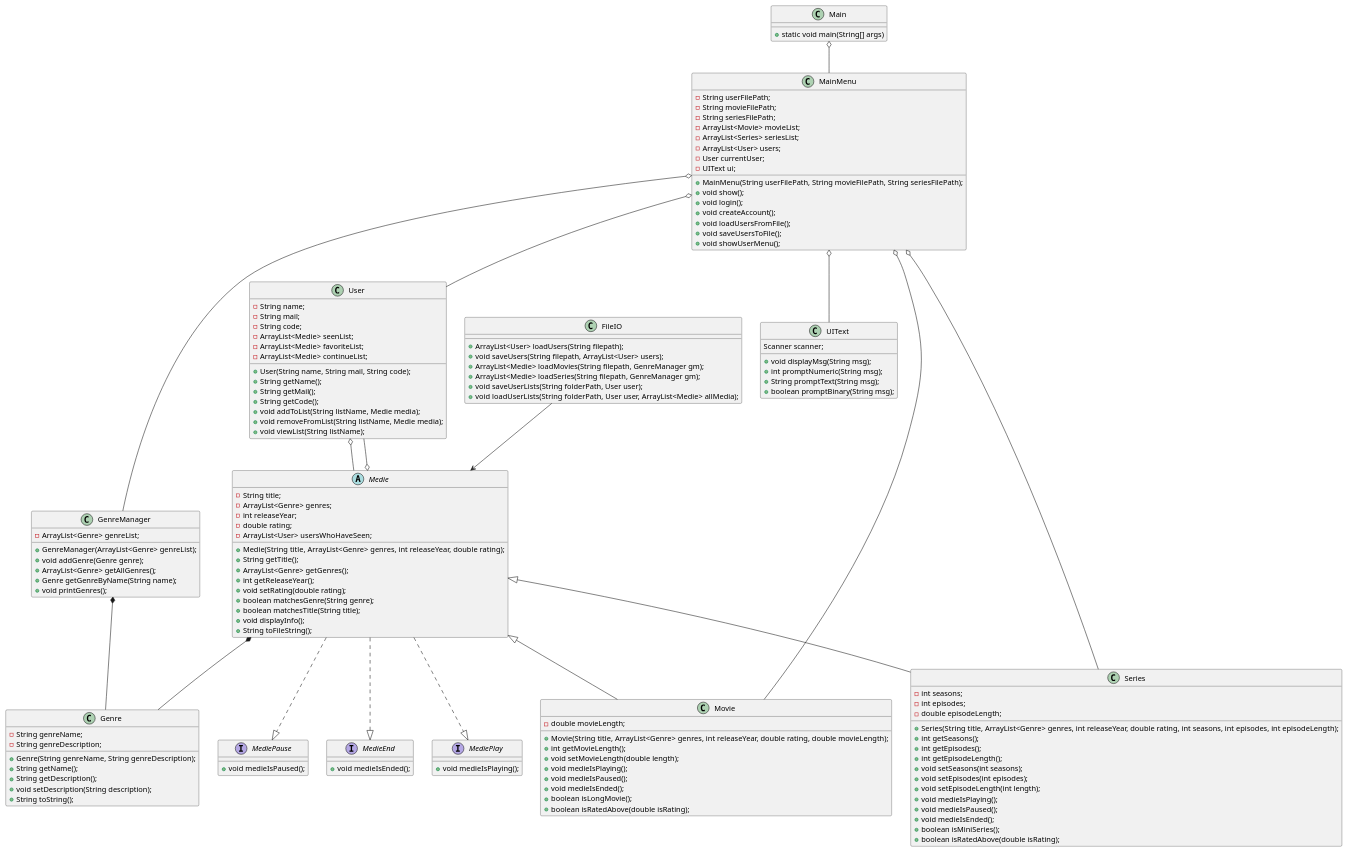
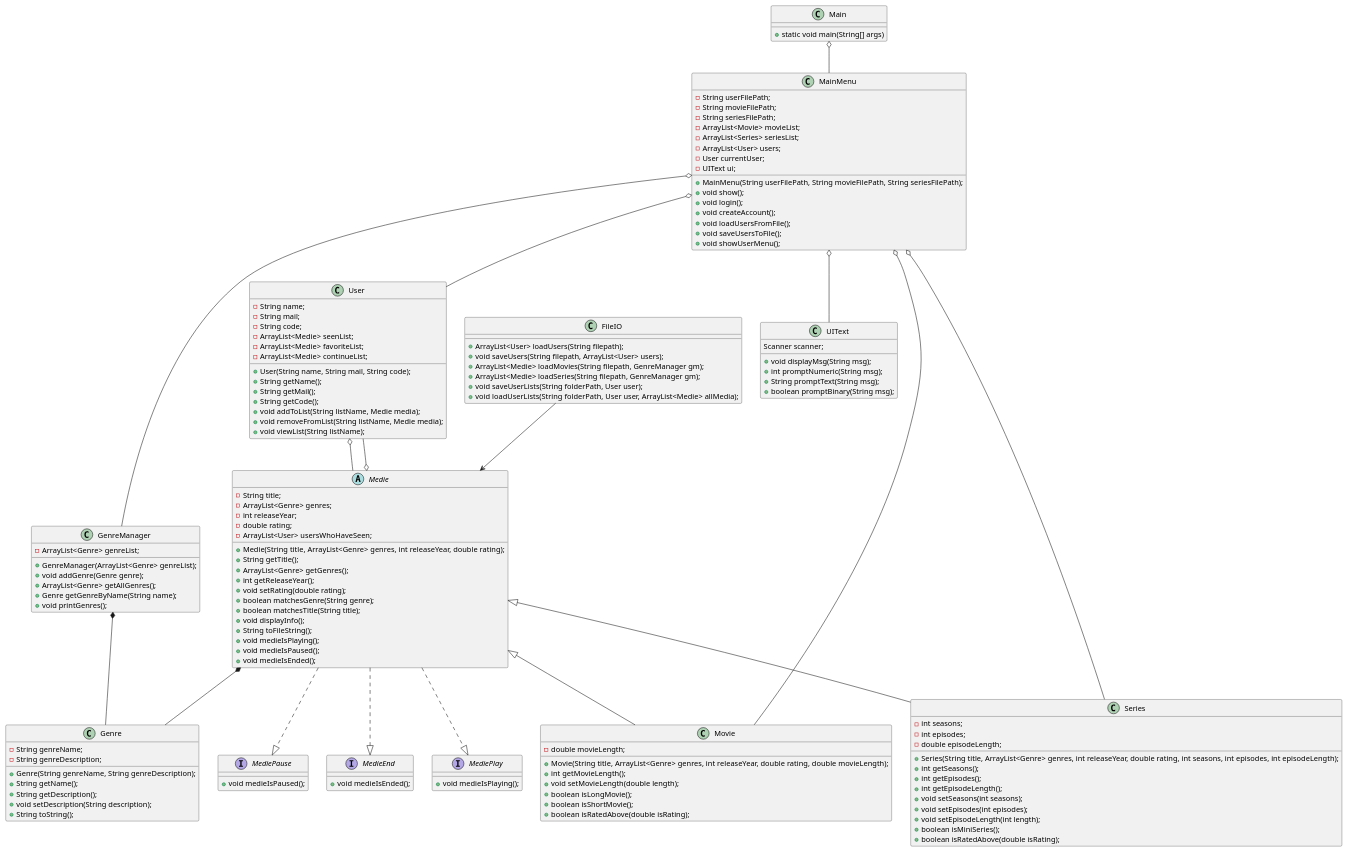
The diagram in doc/classdiagram_v1.puml (KhattabE/SP3), drawn with PlantUML before and after one commit. The commit also changed 1 other file, not shown here.

Commit message:
Added isLongMovie and isShortMovie methods, and updated the class diagram

```diff
--- a/doc/classdiagram_v1.puml
+++ b/doc/classdiagram_v1.puml
@@ -1,171 +1,169 @@
 @startuml
 'https://plantuml.com/class-diagram
 
 class Main{
     +static void main(String[] args)
 }
 
 
 
 class MainMenu {
     -String userFilePath;
     -String movieFilePath;
     -String seriesFilePath;
     + MainMenu(String userFilePath, String movieFilePath, String seriesFilePath);
     -ArrayList<Movie> movieList;
     -ArrayList<Series> seriesList;
     -ArrayList<User> users;
     -User currentUser;
     -UIText ui;
 
     +void show();
     +void login();
     +void createAccount();
     +void loadUsersFromFile();
     +void saveUsersToFile();
     +void showUserMenu();
 }
 
 class UIText {
         Scanner scanner;
         +void displayMsg(String msg);
         +int promptNumeric(String msg);
         +String promptText(String msg);
         +boolean promptBinary(String msg);
 }
 
 class FileIO {
     +ArrayList<User> loadUsers(String filepath);
     +void saveUsers(String filepath, ArrayList<User> users);
     +ArrayList<Medie> loadMovies(String filepath, GenreManager gm);
     +ArrayList<Medie> loadSeries(String filepath, GenreManager gm);
     +void saveUserLists(String folderPath, User user);
     +void loadUserLists(String folderPath, User user, ArrayList<Medie> allMedia);
 }
 
 interface MediePlay {
     +void medieIsPlaying();
 }
 
 interface MediePause {
     +void medieIsPaused();
 }
 
 interface MedieEnd {
     +void medieIsEnded();
 }
 
 abstract class Medie {
     -String title;
     -ArrayList<Genre> genres;
     -int releaseYear;
     -double rating;
     -ArrayList<User> usersWhoHaveSeen;
 
     +Medie(String title, ArrayList<Genre> genres, int releaseYear, double rating);
     +String getTitle();
     +ArrayList<Genre> getGenres();
     +int getReleaseYear();
     +void setRating(double rating);
     +boolean matchesGenre(String genre);
     +boolean matchesTitle(String title);
     +void displayInfo();
     +String toFileString();
+    +void medieIsPlaying();
+    +void medieIsPaused();
+    +void medieIsEnded();
 }
 class Movie {
     -double movieLength;
 
     +Movie(String title, ArrayList<Genre> genres, int releaseYear, double rating, double movieLength);
     +int getMovieLength();
     +void setMovieLength(double length);
-    +void medieIsPlaying();
-    +void medieIsPaused();
-    +void medieIsEnded();
     +boolean isLongMovie();
+    +boolean isShortMovie();
     +boolean isRatedAbove(double isRating);
 }
 
 class Series {
     -int seasons;
     -int episodes;
     -double episodeLength;
     +Series(String title, ArrayList<Genre> genres, int releaseYear, double rating, int seasons, int episodes, int episodeLength);
     +int getSeasons();
     +int getEpisodes();
     +int getEpisodeLength();
     +void setSeasons(int seasons);
     +void setEpisodes(int episodes);
     +void setEpisodeLength(int length);
-    +void medieIsPlaying();
-    +void medieIsPaused();
-    +void medieIsEnded();
     +boolean isMiniSeries();
     +boolean isRatedAbove(double isRating);
 }
 
 class User {
     -String name;
     -String mail;
     -String code;
     -ArrayList<Medie> seenList;
     -ArrayList<Medie> favoriteList;
     -ArrayList<Medie> continueList;
     +User(String name, String mail, String code);
     +String getName();
     +String getMail();
     +String getCode();
     +void addToList(String listName, Medie media);
     +void removeFromList(String listName, Medie media);
     +void viewList(String listName);
 }
 
 class Genre {
     -String genreName;
     -String genreDescription;
     +Genre(String genreName, String genreDescription);
     +String getName();
     +String getDescription();
     +void setDescription(String description);
     +String toString();
 }
 
 class GenreManager {
     -ArrayList<Genre> genreList;
     +GenreManager(ArrayList<Genre> genreList);
     +void addGenre(Genre genre);
     +ArrayList<Genre> getAllGenres();
     +Genre getGenreByName(String name);
     +void printGenres();
 }
 
 ' IS-A relationships
 Medie <|-- Movie
 Medie <|-- Series
 
 Medie ..|> MediePlay
 Medie ..|> MediePause
 Medie ..|> MedieEnd
 
 
 
 
 
 ' HAS-A relationships
 MainMenu o-- User
 MainMenu o-- UIText
 MainMenu o-- Movie
 MainMenu o-- Series
 MainMenu o-- GenreManager
 
 User o-- Medie
 Medie *-- Genre
 Medie o-- User
 
 GenreManager *-- Genre
 
 FileIO --> Medie
 Main o-- MainMenu
 
 
 
 @enduml
```
